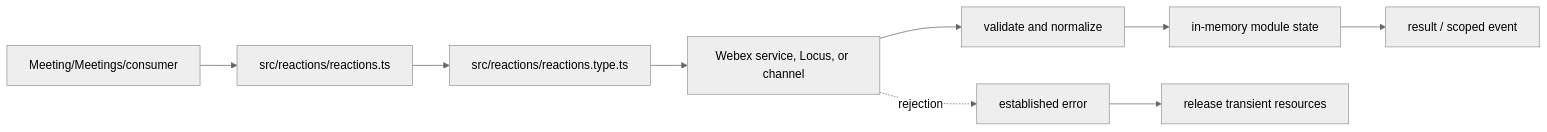
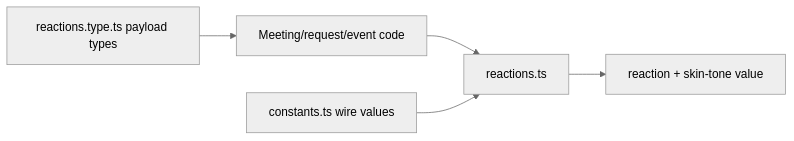
The first of 4 diagrams in packages/@webex/plugin-meetings/src/reactions/ai-docs/reactions-spec.md (webex/webex-js-sdk), drawn with Mermaid (neutral theme) before and after one commit. The commit also changed other lines of this file and 26 other files, not shown here.

````diff
--- a/packages/@webex/plugin-meetings/src/reactions/ai-docs/reactions-spec.md
+++ b/packages/@webex/plugin-meetings/src/reactions/ai-docs/reactions-spec.md
@@ -96,11 +98,7 @@
 ```mermaid
 flowchart LR
-  Caller[Meeting/Meetings/consumer] --> Entry[src/reactions/reactions.ts]
-  Entry --> Support[src/reactions/reactions.type.ts]
-  Support --> Boundary[Webex service, Locus, or channel]
-  Boundary --> Normalize[validate and normalize]
-  Normalize --> State[in-memory module state]
-  State --> Output[result / scoped event]
-  Boundary -. rejection .-> Error[established error]
-  Error --> Cleanup[release transient resources]
+  Consumer[Meeting/request/event code] --> Catalog[reactions.ts]
+  Constants[constants.ts wire values] --> Catalog
+  Types[reactions.type.ts payload types] --> Consumer
+  Catalog --> Payload[reaction + skin-tone value]
 ```
````
